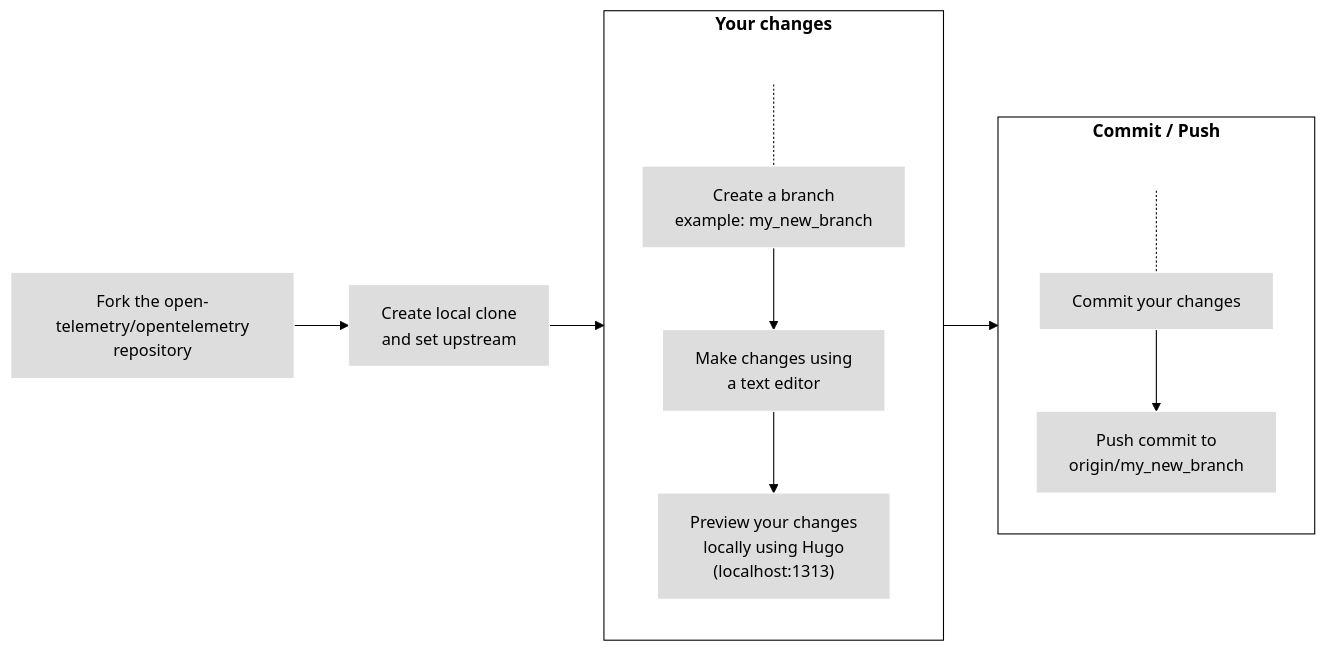
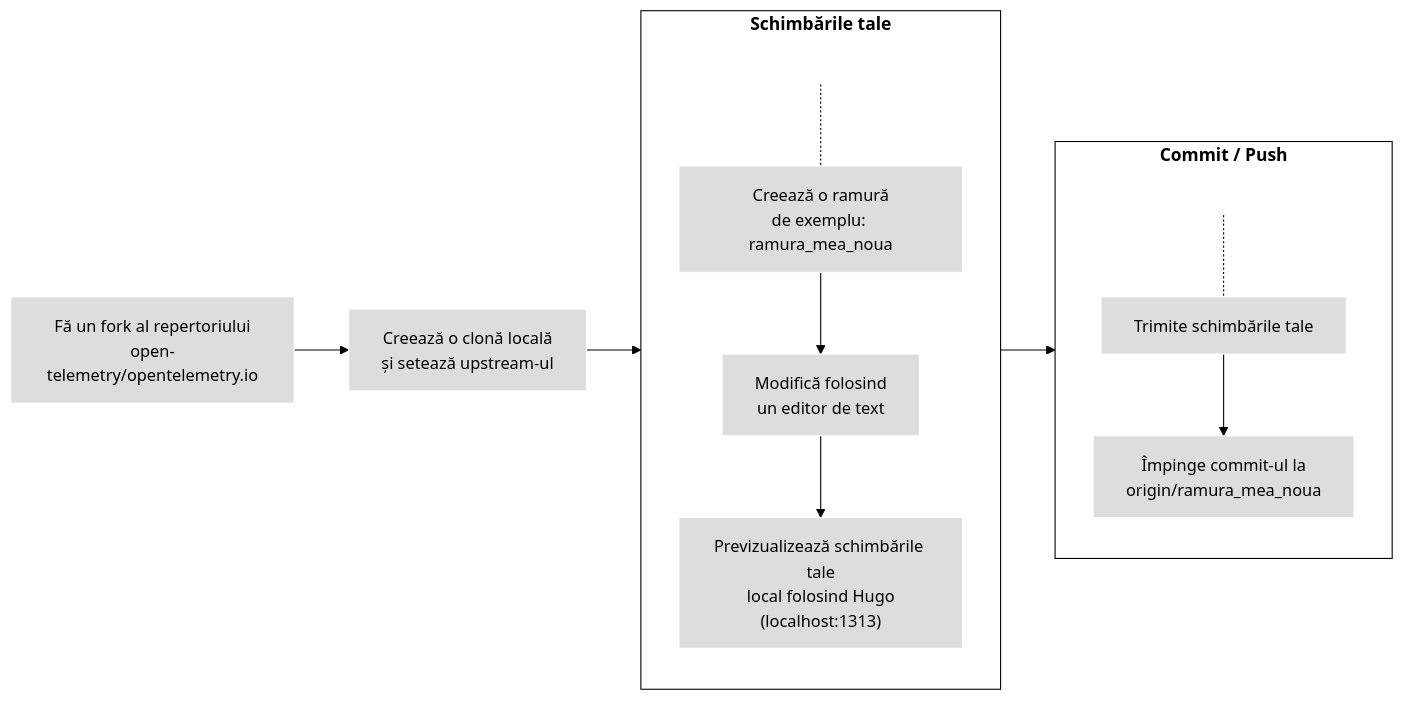
Before and after one commit to open-telemetry/opentelemetry.io: the third of 4 diagrams in content/ro/docs/contributing/pull-requests.md, drawn with Mermaid (forest theme). The commit also changed other lines of this file and 1 other file, not shown here.

Commit message:
translated working locally section, added missing ro word

````diff
--- a/content/ro/docs/contributing/pull-requests.md
+++ b/content/ro/docs/contributing/pull-requests.md
@@ -214,24 +214,24 @@
 ```mermaid
 flowchart LR
-1[Fork the open-telemetry/opentelemetry<br>repository] --> 2[Create local clone<br>and set upstream]
-subgraph changes[Your changes]
+1[Fă un fork al repertoriului<br>open-telemetry/opentelemetry.io] --> 2[Creează o clonă locală<br>și setează upstream-ul]
+subgraph changes[Schimbările tale]
 direction TB
 S[ ] -.-
-3[Create a branch<br>example: my_new_branch] --> 3a[Make changes using<br>a text editor] --> 4["Preview your changes<br>locally using Hugo<br>(localhost:1313)"]
+3[Creează o ramură<br>de exemplu: ramura_mea_noua] --> 3a[Modifică folosind<br>un editor de text] --> 4["Previzualizează schimbările tale<br>local folosind Hugo<br>(localhost:1313)"]
 end
 subgraph changes2[Commit / Push]
 direction TB
 T[ ] -.-
-5[Commit your changes] --> 6[Push commit to<br>origin/my_new_branch]
+5[Trimite schimbările tale] --> 6[Împinge commit-ul la<br>origin/ramura_mea_noua]
 end
 
 2 --> changes --> changes2
 
 classDef grey fill:#dddddd,stroke:#ffffff,stroke-width:px,color:#000000, font-size:15px;
 classDef white fill:#ffffff,stroke:#000,stroke-width:px,color:#000,font-weight:bold
 classDef k8s fill:#326ce5,stroke:#fff,stroke-width:1px,color:#fff;
 classDef spacewhite fill:#ffffff,stroke:#fff,stroke-width:0px,color:#000
 class 1,2,3,3a,4,5,6 grey
 class S,T spacewhite
 class changes,changes2 white
 ```
````
